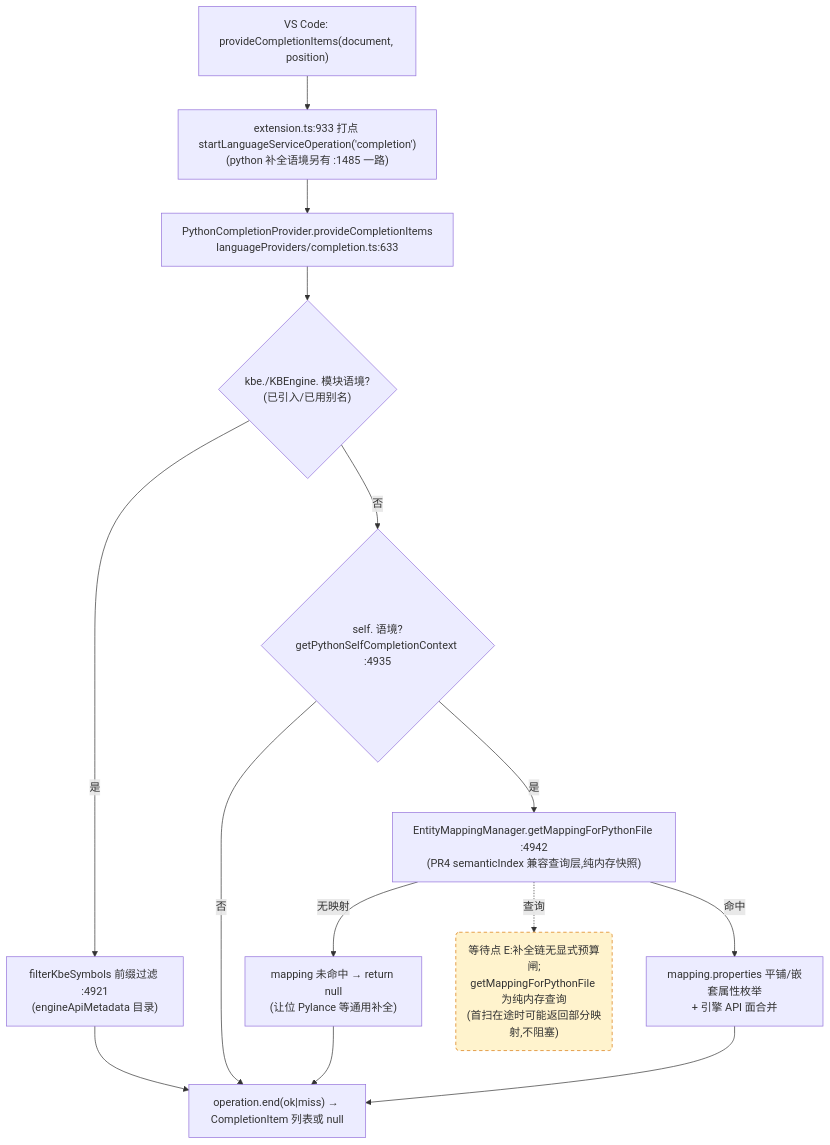
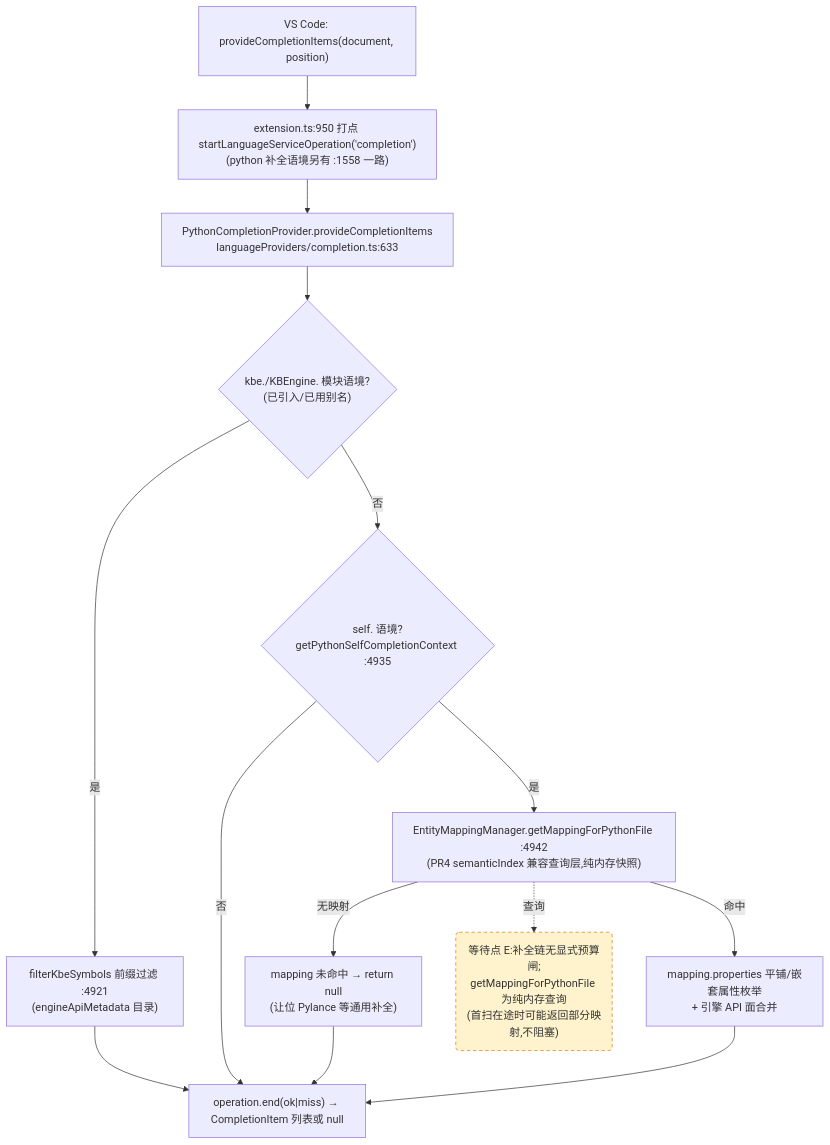
Before and after one commit to cuihairu/kode: the third of 4 diagrams in docs/perf/2026-baseline.md, drawn with Mermaid. The commit also changed other lines of this file and 13 other files, not shown here.

````diff
--- a/docs/perf/2026-baseline.md
+++ b/docs/perf/2026-baseline.md
@@ -184,27 +184,27 @@
 ```mermaid
 flowchart TD
   VC3["VS Code: provideCompletionItems(document, position)"]
-  M3["extension.ts:933 打点 startLanguageServiceOperation('completion')<br/>(python 补全语境另有 :1485 一路)"]
+  M3["extension.ts:950 打点 startLanguageServiceOperation('completion')<br/>(python 补全语境另有 :1558 一路)"]
   CP["PythonCompletionProvider.provideCompletionItems<br/>languageProviders/completion.ts:633"]
   KBEC{"kbe./KBEngine. 模块语境?<br/>(已引入/已用别名)"}
   FILTER["filterKbeSymbols 前缀过滤 :4921<br/>(engineApiMetadata 目录)"]
   SELFC{"self. 语境?<br/>getPythonSelfCompletionContext :4935"}
   MAP["EntityMappingManager.getMappingForPythonFile :4942<br/>(PR4 semanticIndex 兼容查询层,纯内存快照)"]
   NOMAP["mapping 未命中 → return null<br/>(让位 Pylance 等通用补全)"]
   PROPS["mapping.properties 平铺/嵌套属性枚举<br/>+ 引擎 API 面合并"]
   END3["operation.end(ok|miss) → CompletionItem 列表或 null"]
 
   VC3 --> M3 --> CP --> KBEC
   KBEC -- "是" --> FILTER --> END3
   KBEC -- "否" --> SELFC
   SELFC -- "否" --> END3
   SELFC -- "是" --> MAP
   MAP -- "无映射" --> NOMAP --> END3
   MAP -- "命中" --> PROPS --> END3
 
   WAITE("等待点 E:补全链无显式预算闸;<br/>getMappingForPythonFile 为纯内存查询<br/>(首扫在途时可能返回部分映射,不阻塞)")
   MAP -.->|查询| WAITE
 
   classDef waitPoint fill:#fff3cd,stroke:#d97706,stroke-dasharray:5 4;
   class WAITE waitPoint;
 ```
````
